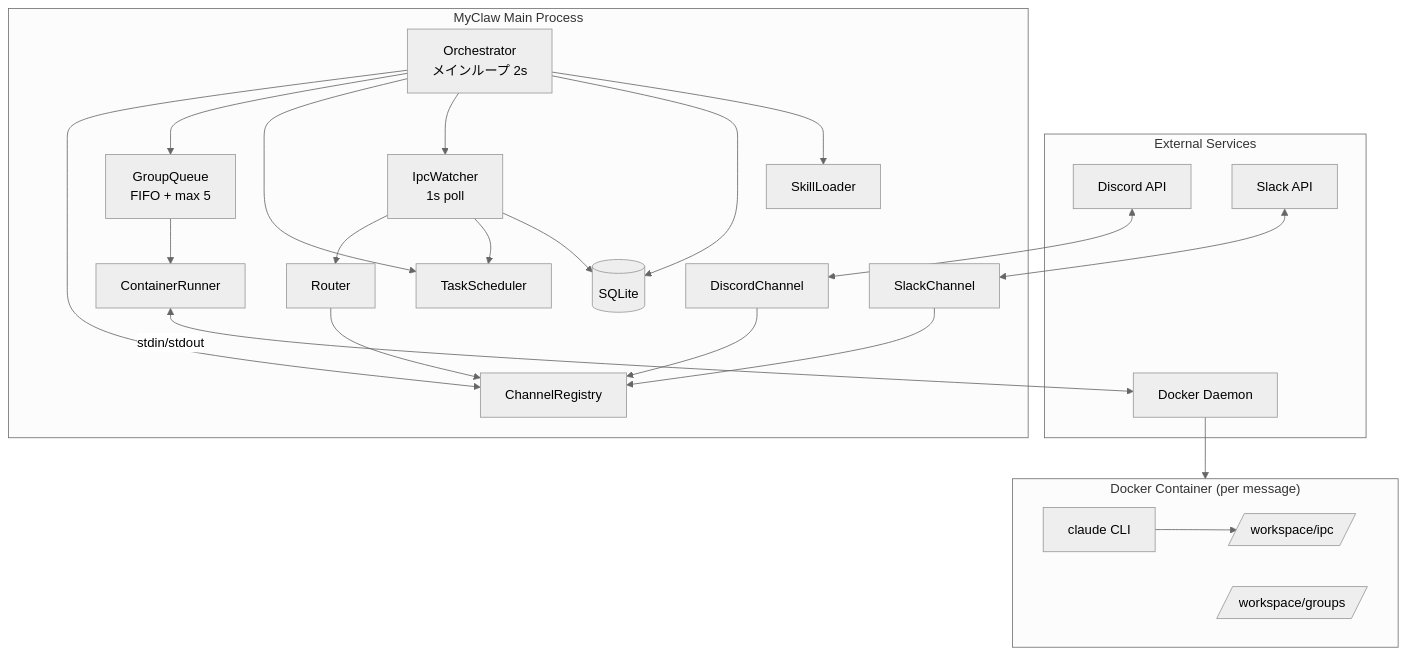
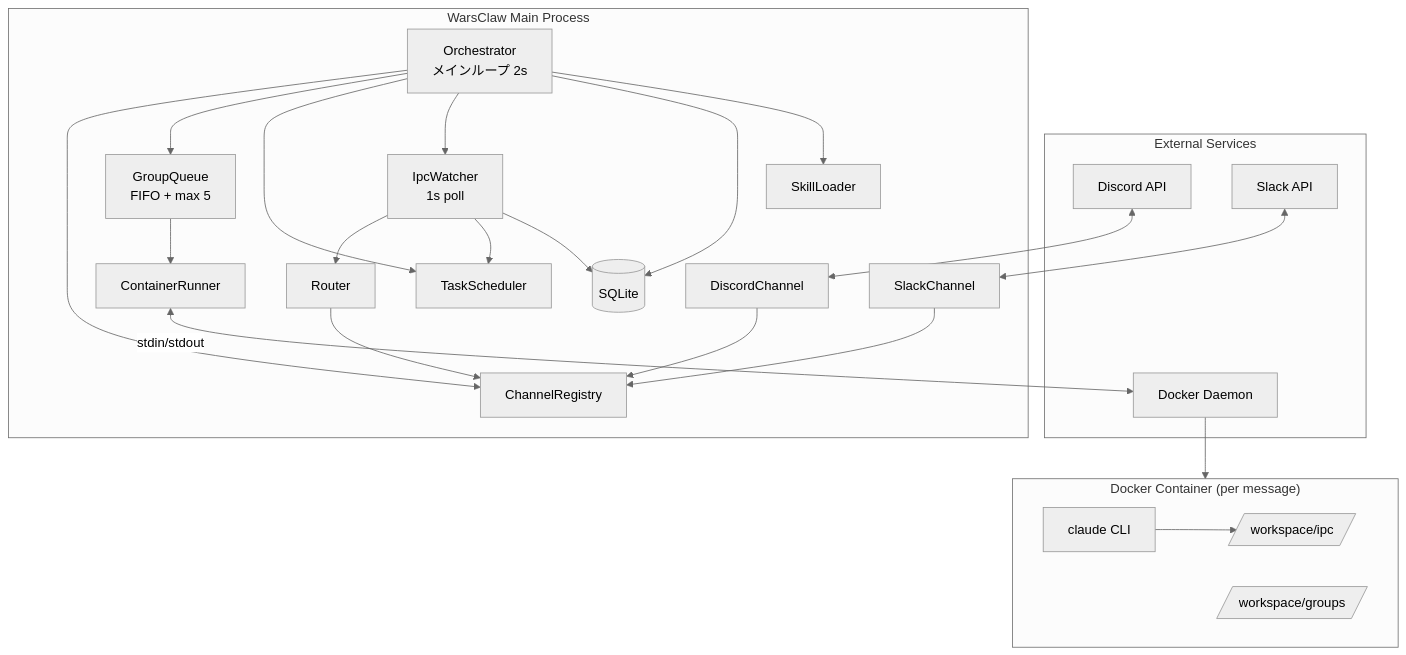
The diagram in aidlc-docs/inception/application-design/application-design.md (yoshidashingo/warsclaw), drawn with Mermaid (neutral theme) before and after one commit. The commit also changed other lines of this file and 38 other files, not shown here.

Commit message:
refactor: rename project from MyClaw to WarsClaw

````diff
--- a/aidlc-docs/inception/application-design/application-design.md
+++ b/aidlc-docs/inception/application-design/application-design.md
@@ -17,38 +17,38 @@
 ```mermaid
 graph TB
     subgraph External["External Services"]
         DISC_API[Discord API]
         SLACK_API[Slack API]
         DOCKER[Docker Daemon]
     end
 
-    subgraph MyClaw["MyClaw Main Process"]
+    subgraph WarsClaw["WarsClaw Main Process"]
         ORCH[Orchestrator<br/>メインループ 2s]
         REG[ChannelRegistry]
         DISC[DiscordChannel]
         SLCK[SlackChannel]
         RT[Router]
         GQ[GroupQueue<br/>FIFO + max 5]
         CR[ContainerRunner]
         IPC[IpcWatcher<br/>1s poll]
         SCHED[TaskScheduler]
         DB[(SQLite)]
         SKILL[SkillLoader]
     end
 
     subgraph Container["Docker Container (per message)"]
         CLAUDE[claude CLI]
         IPC_FS[/workspace/ipc/]
         GROUPS_FS[/workspace/groups/]
     end
 
     DISC_API <--> DISC
     SLACK_API <--> SLCK
     DISC & SLCK --> REG
     ORCH --> REG & GQ & SCHED & IPC & DB & SKILL
     RT --> REG
     GQ --> CR
     CR <-->|stdin/stdout| DOCKER --> Container
     CLAUDE --> IPC_FS
     IPC --> RT & SCHED & DB
 ```
````
